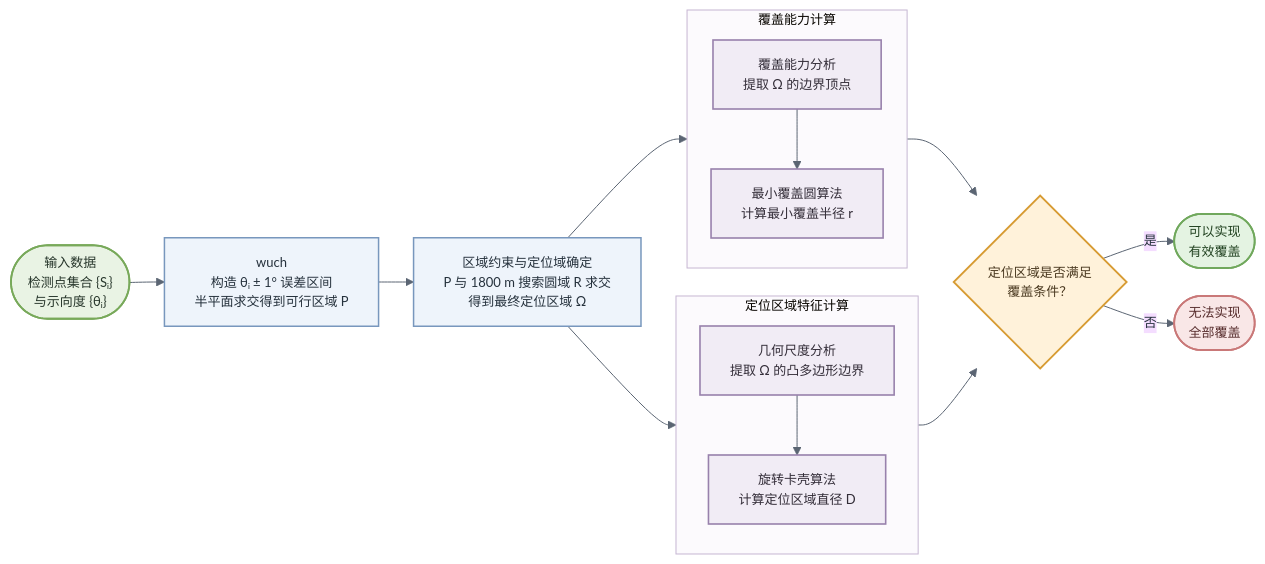
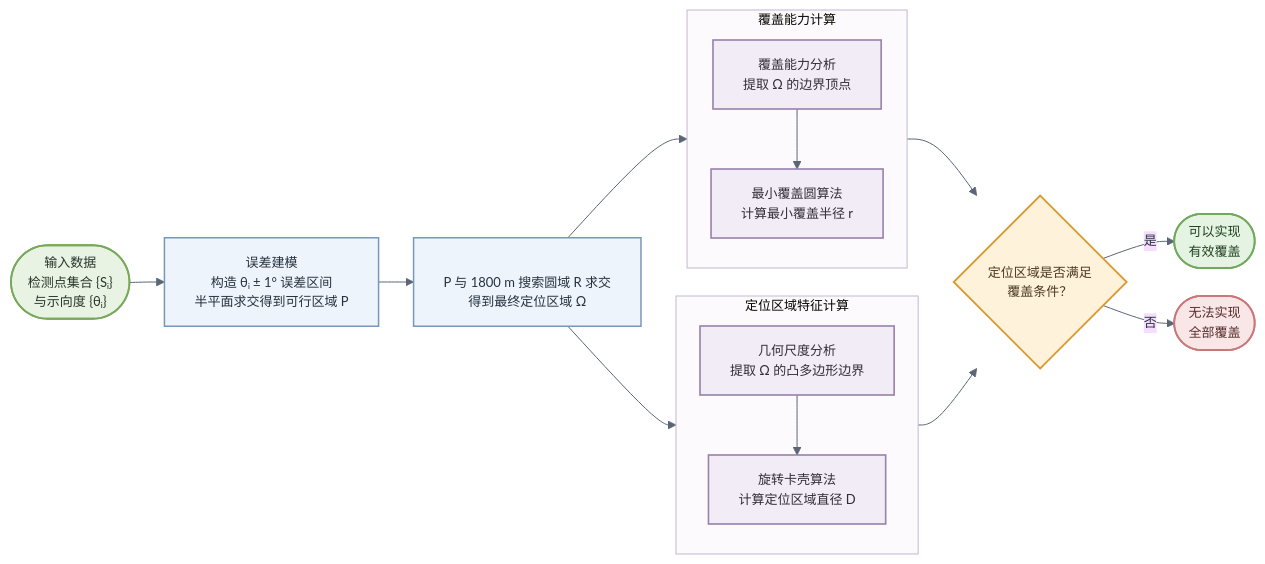
Before and after one commit to Kristine922/iodraw-files: the diagram in all/未命名.md, drawn with Mermaid.

Commit message:
2026-09-11 18:55:03 update

```diff
--- a/all/未命名.md
+++ b/all/未命名.md
@@ -21,9 +21,9 @@
 %% =========================
 A(["输入数据<br/>检测点集合 {Sᵢ}<br/>与示向度 {θᵢ}"])
 
-B["wuch<br/>构造 θᵢ ± 1° 误差区间<br/>半平面求交得到可行区域 P"]
+B["误差建模<br/>构造 θᵢ ± 1° 误差区间<br/>半平面求交得到可行区域 P"]
 
-C["区域约束与定位域确定<br/>P 与 1800 m 搜索圆域 R 求交<br/>得到最终定位区域 Ω"]
+C["<br/>P 与 1800 m 搜索圆域 R 求交<br/>得到最终定位区域 Ω"]
 
 A --> B --> C
 
```
